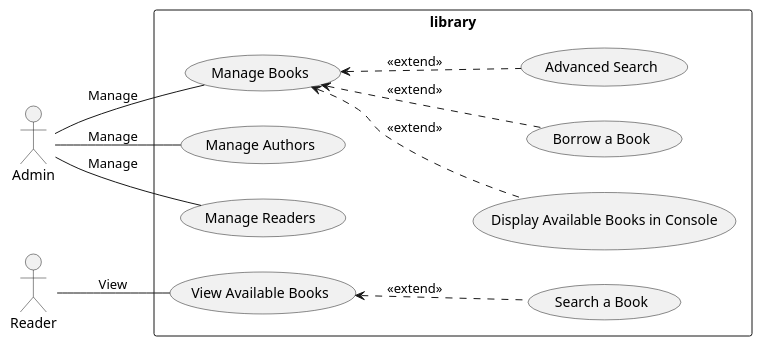
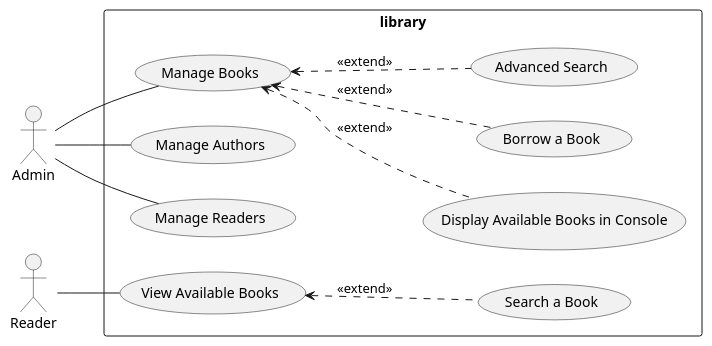
One commit to Suirita/3.php_poo changed the diagram in Use_Case_Diagram/Use_case_diagram.pu. Above: the diagram before and after it, drawn with PlantUML. The commit also changed 21 other files, not shown here.

```diff
--- a/Use_Case_Diagram/Use_case_diagram.pu
+++ b/Use_Case_Diagram/Use_case_diagram.pu
@@ -1,28 +1,28 @@
 @startuml library
 left to right direction
 
 actor Admin
 actor Reader
 
 rectangle library{
 usecase "Manage Books" as UC_ManageBook
 usecase "View Available Books" as UC_ViewAvailableBooks
 usecase "Advanced Search" as UC_AdvancedSearch
 usecase "Search a Book" as UC_SearchBook
 usecase "Display Available Books in Console" as UC_DisplayBooksConsole
 usecase "Borrow a Book" as UC_BorrowBook
 usecase "Manage Authors" as UC_ManageAuthors
 usecase "Manage Readers" as UC_ManageReaders
 }
 
 UC_ViewAvailableBooks  <.. UC_SearchBook : <<extend>>
 UC_ManageBook <.. UC_AdvancedSearch : <<extend>>
 UC_ManageBook <.. UC_DisplayBooksConsole : <<extend>>
 UC_ManageBook <.. UC_BorrowBook: <<extend>>
 
-Admin -- UC_ManageBook : "Manage"
-Admin -- UC_ManageAuthors : "Manage"
-Admin -- UC_ManageReaders : "Manage"
+Admin -- UC_ManageBook
+Admin -- UC_ManageAuthors
+Admin -- UC_ManageReaders
 
-Reader -- UC_ViewAvailableBooks : "View"
+Reader -- UC_ViewAvailableBooks
 @enduml
```
